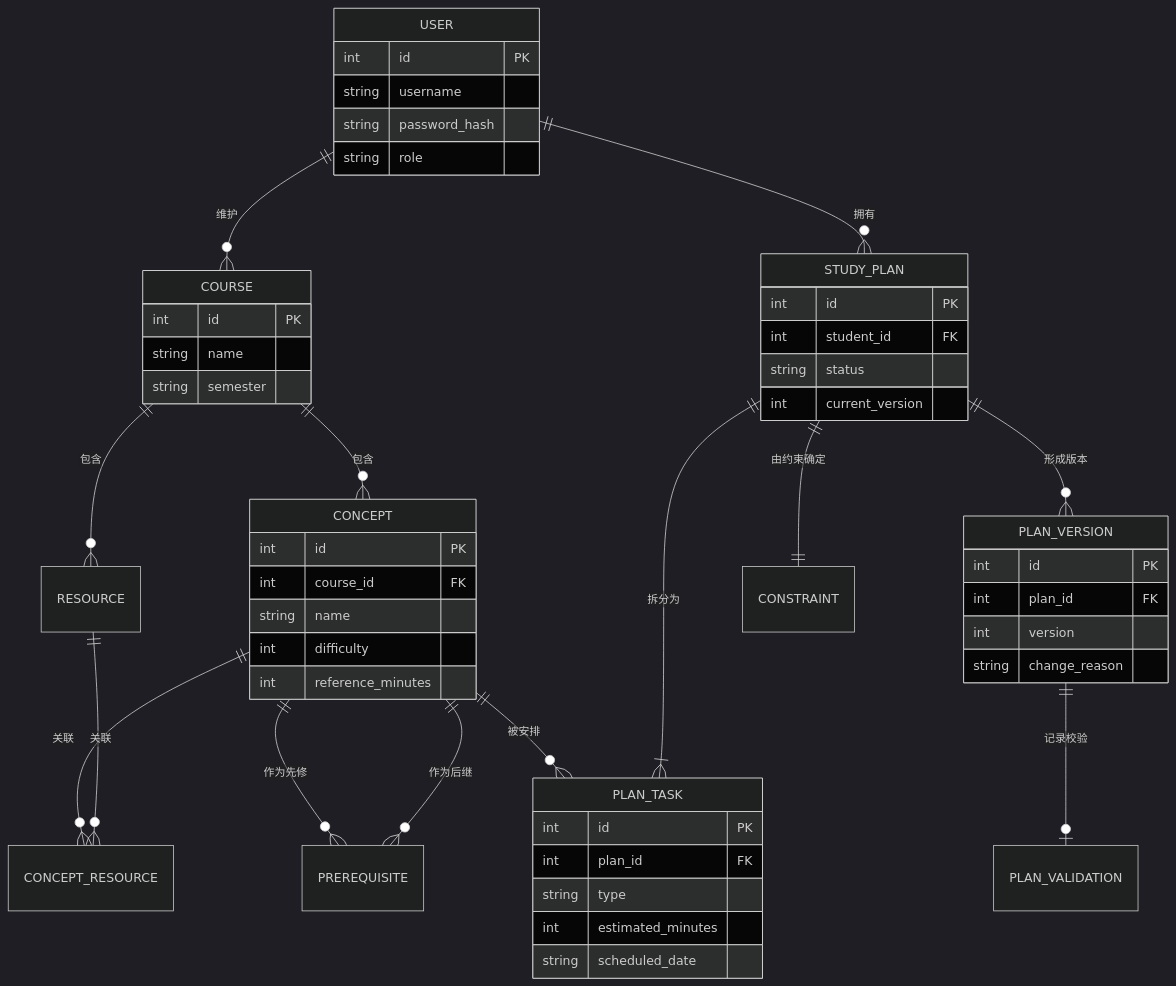
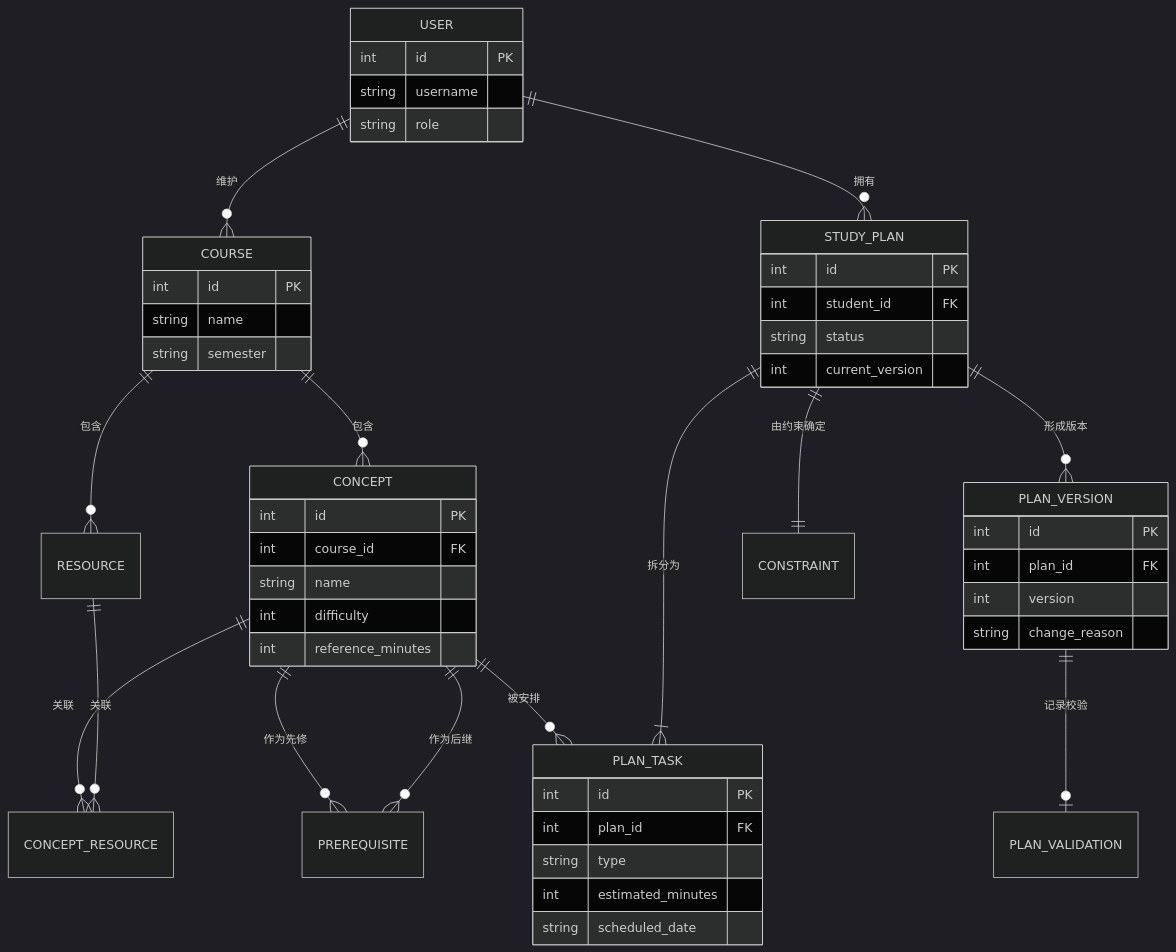
The diagram in docs/02_需求/figures/src/fig-3-8-er.mmd (PeiChen1215/CoursePlan), drawn with Mermaid (dark theme) before and after one commit. The commit also changed 16 other files, not shown here.

Commit message:
docs(D02): v2.1 补 13 张 IPO 表、新增 3.8 关键流程节、修 4 张图、表号重排

```diff
--- a/docs/02_需求/figures/src/fig-3-8-er.mmd
+++ b/docs/02_需求/figures/src/fig-3-8-er.mmd
@@ -1,52 +1,51 @@
 erDiagram
     USER ||--o{ STUDY_PLAN : "拥有"
     USER ||--o{ COURSE : "维护"
     COURSE ||--o{ CONCEPT : "包含"
     COURSE ||--o{ RESOURCE : "包含"
     CONCEPT ||--o{ CONCEPT_RESOURCE : "关联"
     RESOURCE ||--o{ CONCEPT_RESOURCE : "关联"
     CONCEPT ||--o{ PREREQUISITE : "作为先修"
     CONCEPT ||--o{ PREREQUISITE : "作为后继"
     CONCEPT ||--o{ PLAN_TASK : "被安排"
     STUDY_PLAN ||--|{ PLAN_TASK : "拆分为"
     STUDY_PLAN ||--o{ PLAN_VERSION : "形成版本"
     STUDY_PLAN ||--|| CONSTRAINT : "由约束确定"
     PLAN_VERSION ||--o| PLAN_VALIDATION : "记录校验"
 
     USER {
         int id PK
         string username
-        string password_hash
         string role
     }
     COURSE {
         int id PK
         string name
         string semester
     }
     CONCEPT {
         int id PK
         int course_id FK
         string name
         int difficulty
         int reference_minutes
     }
     STUDY_PLAN {
         int id PK
         int student_id FK
         string status
         int current_version
     }
     PLAN_TASK {
         int id PK
         int plan_id FK
         string type
         int estimated_minutes
         string scheduled_date
     }
     PLAN_VERSION {
         int id PK
         int plan_id FK
         int version
         string change_reason
     }
```
